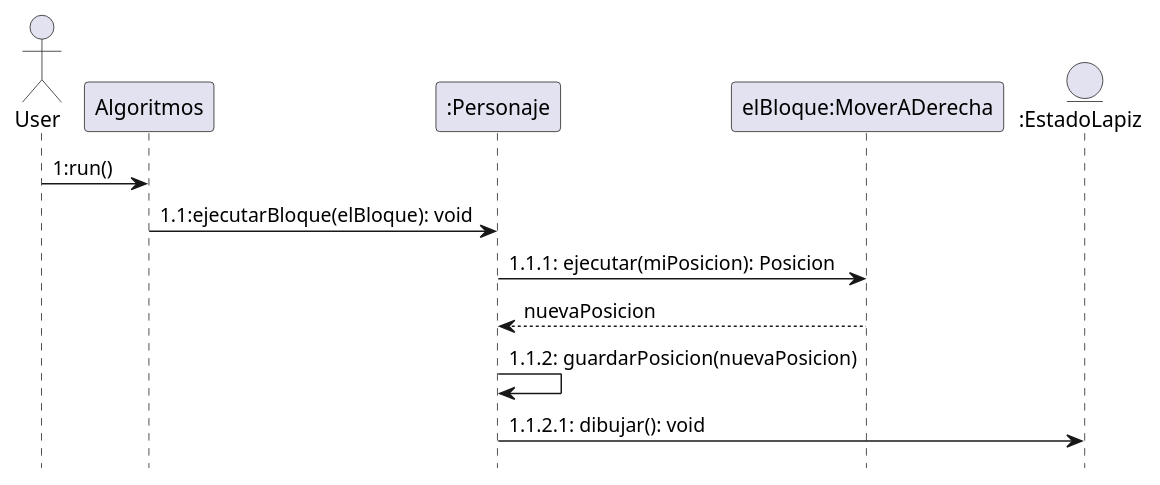
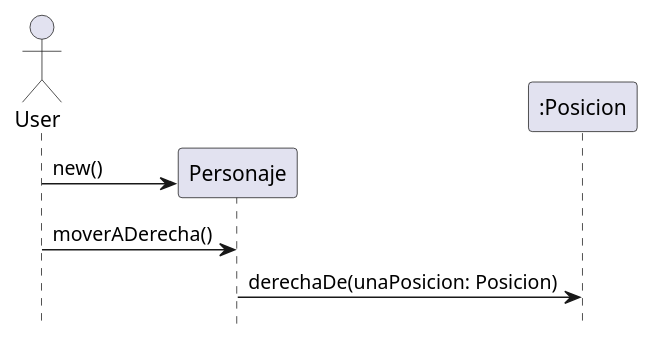
One commit to Lescalante14/Tp2-Algoritmos3-AlgoBlocks changed the diagram in src/main/diagramas/SD_Algoritmo_mover_a_derecha.puml. Above: the diagram before and after it, drawn with PlantUML. The commit also changed 2 other files, not shown here.

Commit message:
Diagramas de secuencia

```diff
--- a/src/main/diagramas/SD_Algoritmo_mover_a_derecha.puml
+++ b/src/main/diagramas/SD_Algoritmo_mover_a_derecha.puml
@@ -1,20 +1,12 @@
 @startuml
 
+hide footbox
 actor User
-hide footbox
 
-User -> Algoritmos: 1:run()
+create Personaje
+User -> Personaje: new()
+User -> Personaje: moverADerecha()
 
-Algoritmos -> ":Personaje": 1.1:ejecutarBloque(elBloque): void
-
-":Personaje" -> "elBloque:MoverADerecha": 1.1.1: ejecutar(miPosicion): Posicion
-
-"elBloque:MoverADerecha" --> ":Personaje": nuevaPosicion
-
-":Personaje" -> ":Personaje": 1.1.2: guardarPosicion(nuevaPosicion)
-
-entity ":EstadoLapiz"
-
-":Personaje" -> ":EstadoLapiz": 1.1.2.1: dibujar(): void
+Personaje -> ":Posicion": derechaDe(unaPosicion: Posicion)
 
 @enduml
```
